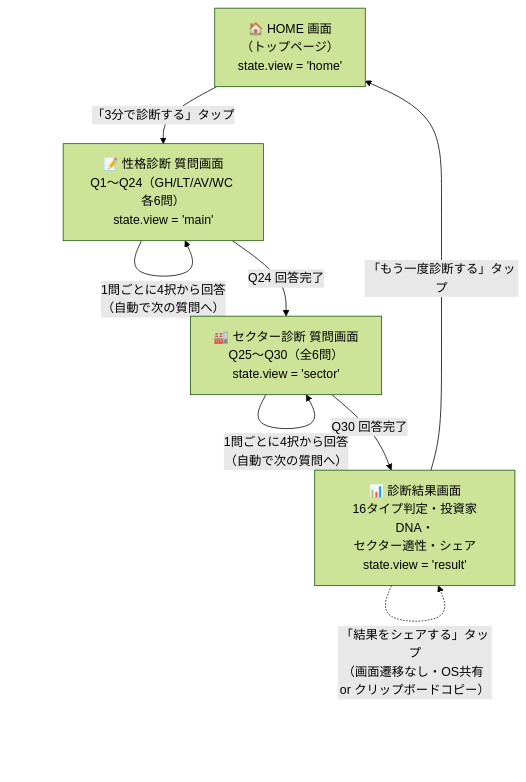
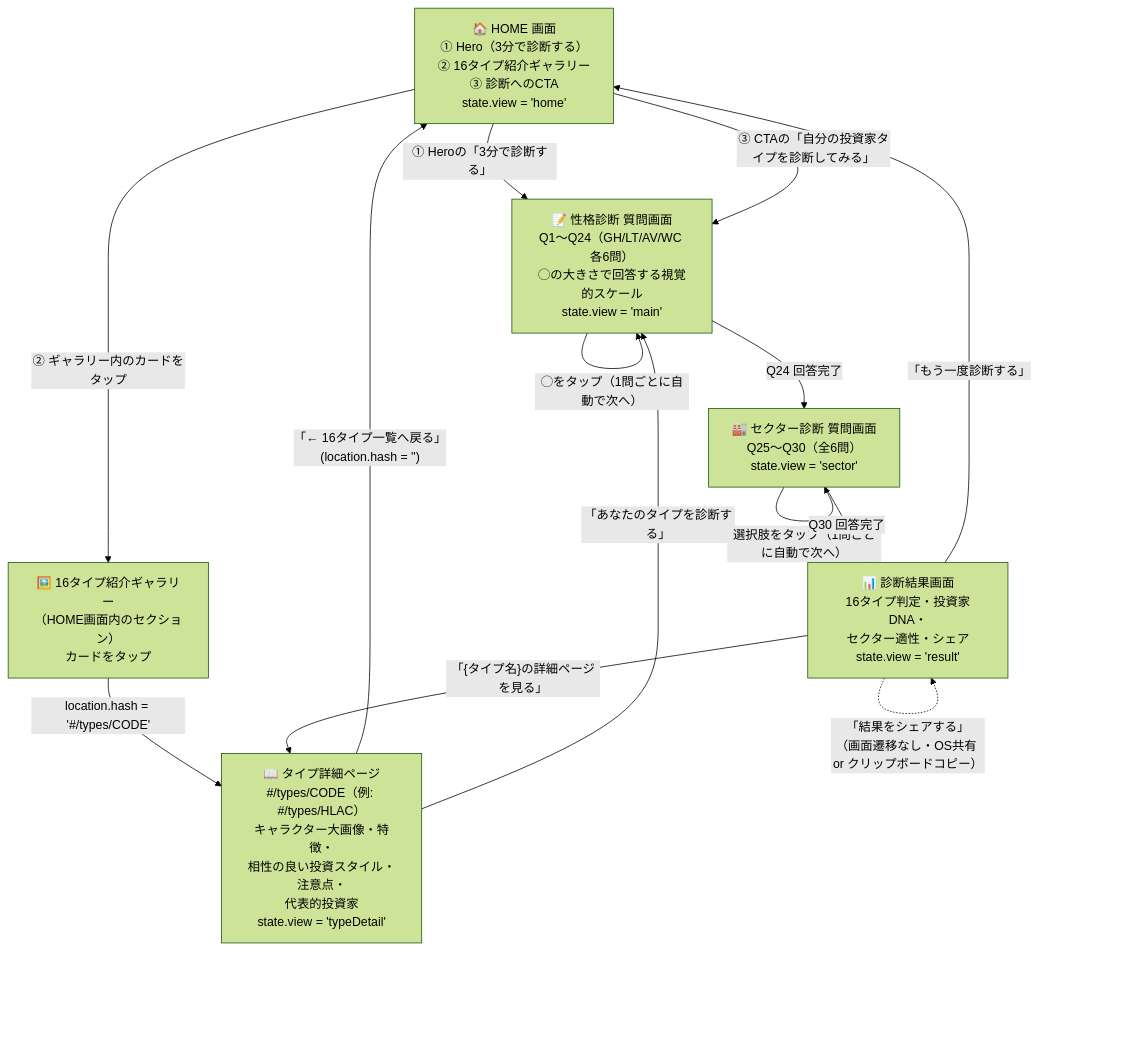
One commit to Team-TSMJC-GitHub/J-Kabu-Style changed the diagram in docs/01_画面遷移図.md. Above: the diagram before and after it, drawn with Mermaid (forest theme). The commit also changed other lines of this file and 6 other files, not shown here.

````diff
--- a/docs/01_画面遷移図.md
+++ b/docs/01_画面遷移図.md
@@ -5,15 +7,23 @@
 ```mermaid
 flowchart TD
-    A["🏠 HOME 画面<br/>（トップページ）<br/>state.view = 'home'"]
-    B["📝 性格診断 質問画面<br/>Q1〜Q24（GH/LT/AV/WC 各6問）<br/>state.view = 'main'"]
+    A["🏠 HOME 画面<br/>① Hero（3分で診断する）<br/>② 16タイプ紹介ギャラリー<br/>③ 診断へのCTA<br/>state.view = 'home'"]
+    G["🖼️ 16タイプ紹介ギャラリー<br/>（HOME画面内のセクション）<br/>カードをタップ"]
+    D["📖 タイプ詳細ページ<br/>#/types/CODE（例: #/types/HLAC）<br/>キャラクター大画像・特徴・<br/>相性の良い投資スタイル・注意点・<br/>代表的投資家<br/>state.view = 'typeDetail'"]
+    B["📝 性格診断 質問画面<br/>Q1〜Q24（GH/LT/AV/WC 各6問）<br/>◯の大きさで回答する視覚的スケール<br/>state.view = 'main'"]
     C["🏭 セクター診断 質問画面<br/>Q25〜Q30（全6問）<br/>state.view = 'sector'"]
-    D["📊 診断結果画面<br/>16タイプ判定・投資家DNA・<br/>セクター適性・シェア<br/>state.view = 'result'"]
+    R["📊 診断結果画面<br/>16タイプ判定・投資家DNA・<br/>セクター適性・シェア<br/>state.view = 'result'"]
 
-    A -- "「3分で診断する」タップ" --> B
-    B -- "1問ごとに4択から回答<br/>（自動で次の質問へ）" --> B
+    A -- "① Heroの「3分で診断する」" --> B
+    A -- "③ CTAの「自分の投資家タイプを診断してみる」" --> B
+    A -- "② ギャラリー内のカードをタップ" --> G
+    G -- "location.hash = '#/types/CODE'" --> D
+    D -- "「← 16タイプ一覧へ戻る」<br/>(location.hash = '')" --> A
+    D -- "「あなたのタイプを診断する」" --> B
+    B -- "◯をタップ（1問ごとに自動で次へ）" --> B
     B -- "Q24 回答完了" --> C
-    C -- "1問ごとに4択から回答<br/>（自動で次の質問へ）" --> C
-    C -- "Q30 回答完了" --> D
-    D -- "「もう一度診断する」タップ" --> A
-    D -. "「結果をシェアする」タップ<br/>（画面遷移なし・OS共有 or クリップボードコピー）" .-> D
+    C -- "選択肢をタップ（1問ごとに自動で次へ）" --> C
+    C -- "Q30 回答完了" --> R
+    R -- "「もう一度診断する」" --> A
+    R -- "「{タイプ名}の詳細ページを見る」" --> D
+    R -. "「結果をシェアする」<br/>（画面遷移なし・OS共有 or クリップボードコピー）" .-> R
 ```
````
